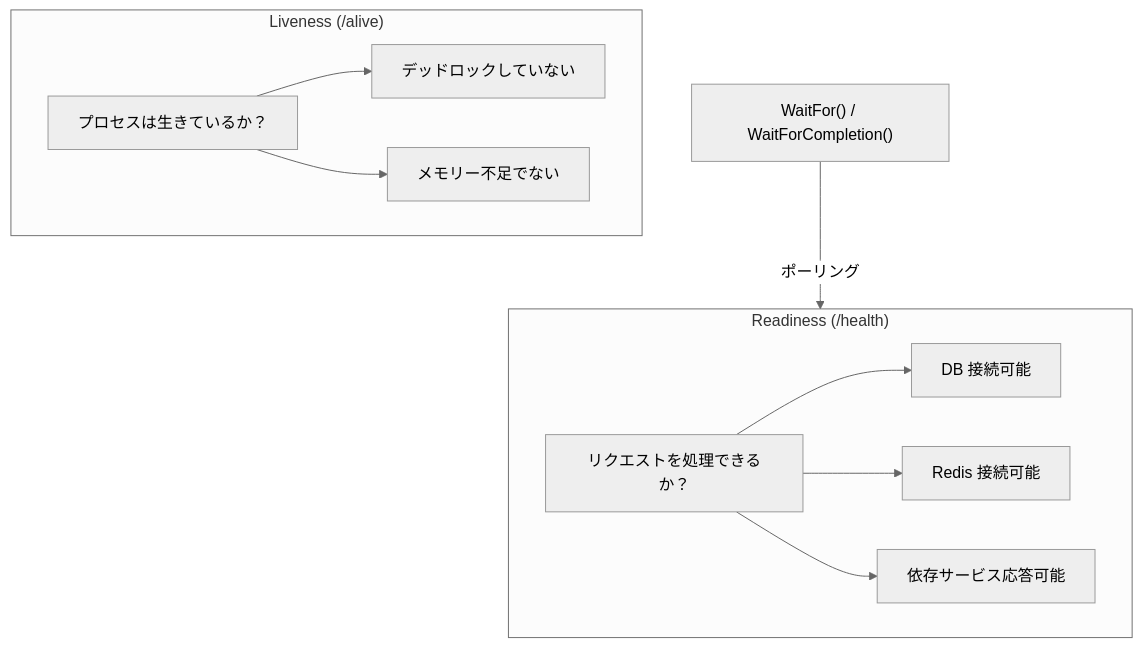
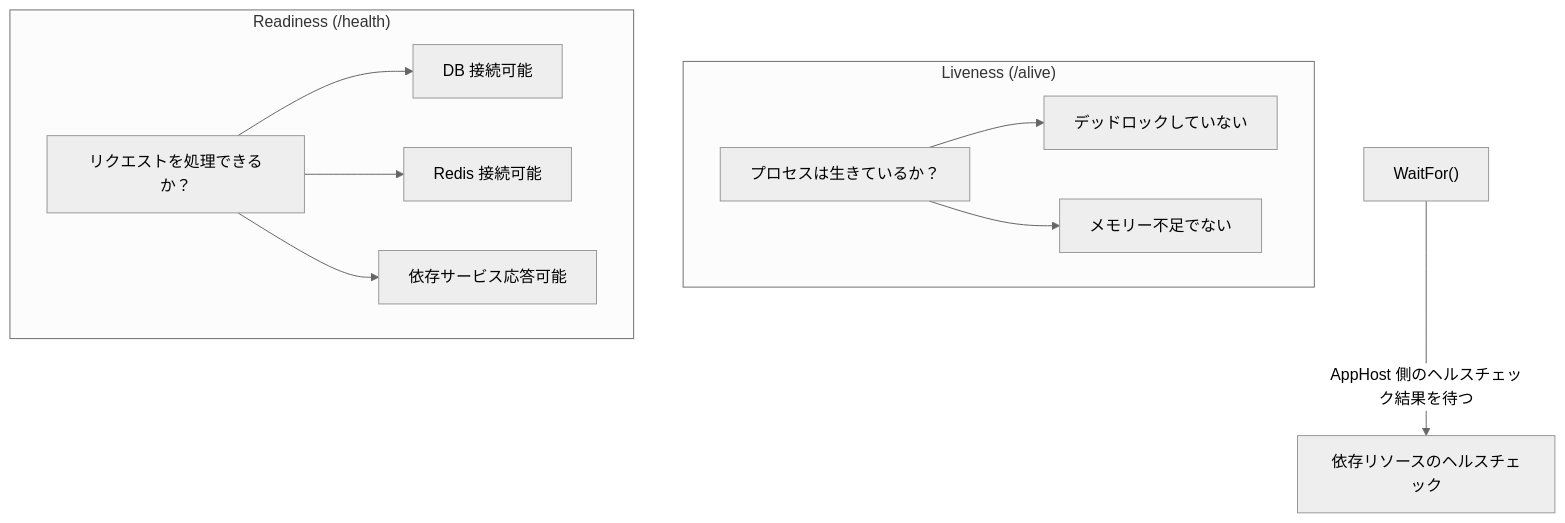
Diagram 12 of 18 in content/blog/ja/dotnet-aspire.mdx (yoichiozaki/yoichiozaki.github.io), drawn with Mermaid (neutral theme) before and after one commit. The commit also changed other lines of this file and 116 other files, not shown here.

````diff
--- a/content/blog/ja/dotnet-aspire.mdx
+++ b/content/blog/ja/dotnet-aspire.mdx
@@ -748,18 +754,19 @@
 ```mermaid
 graph TD
     subgraph Liveness["Liveness (/alive)"]
         L["プロセスは生きているか？"]
         L --> L1["デッドロックしていない"]
         L --> L2["メモリー不足でない"]
     end
 
     subgraph Readiness["Readiness (/health)"]
         R["リクエストを処理できるか？"]
         R --> R1["DB 接続可能"]
         R --> R2["Redis 接続可能"]
         R --> R3["依存サービス応答可能"]
     end
 
-    WaitFor["WaitFor() / WaitForCompletion()"]
-    WaitFor -->|ポーリング| Readiness
+    WaitFor["WaitFor()"]
+    HC["依存リソースのヘルスチェック"]
+    WaitFor -->|AppHost 側のヘルスチェック結果を待つ| HC
 ```
````
